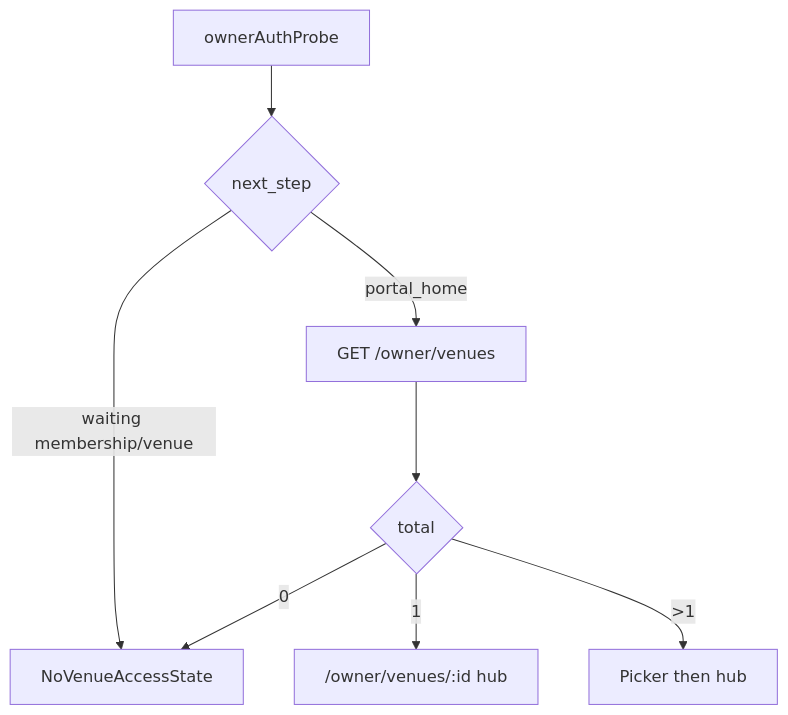
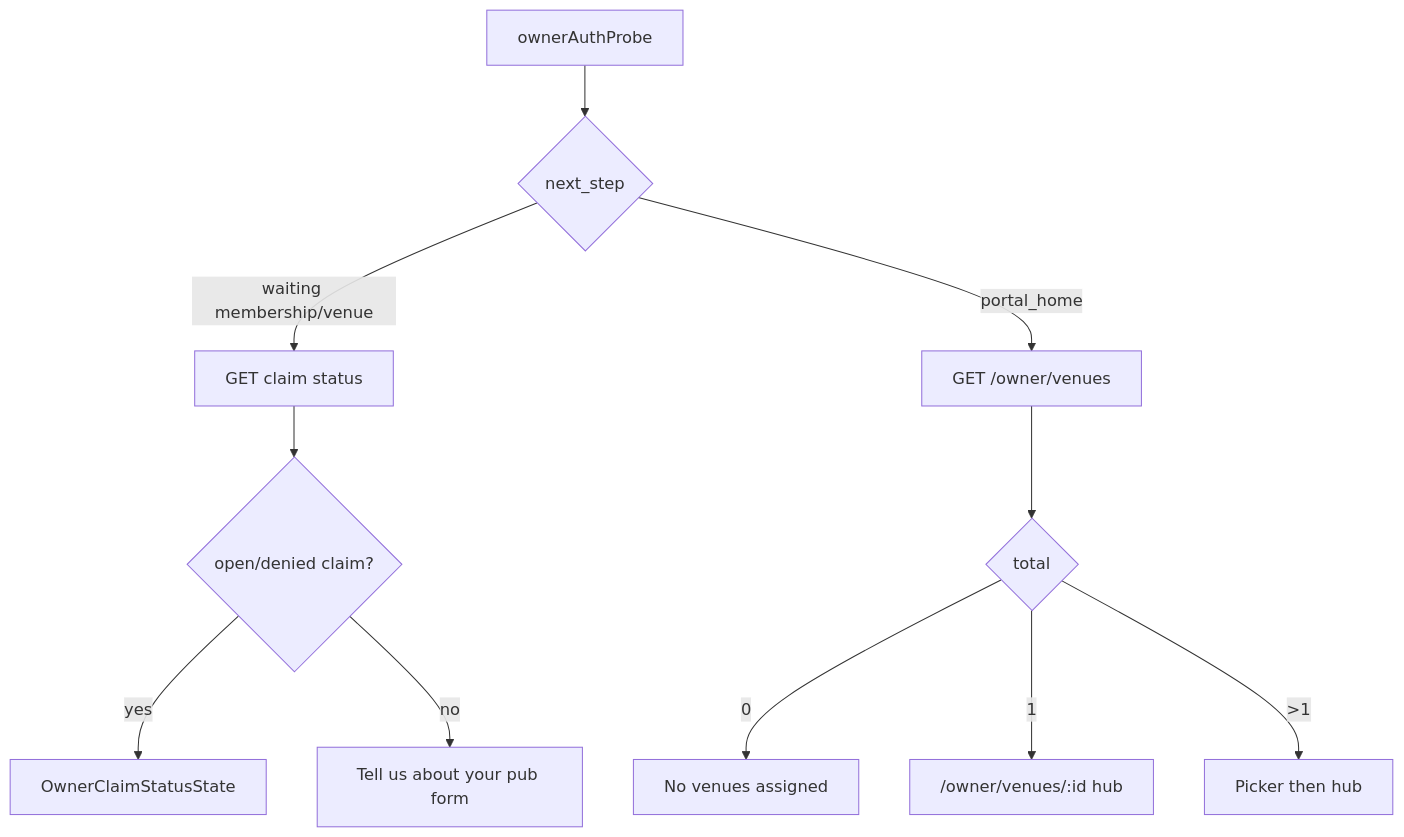
Before and after one commit to OwenPearse/PubPlus: the diagram in docs/owner-venue-onboarding/UX_FLOW.md, drawn with Mermaid. The commit also changed other lines of this file and 24 other files, not shown here.

First line of the commit message:
feat: polish owner claim waiting states and admin claims queue nav.

````diff
--- a/docs/owner-venue-onboarding/UX_FLOW.md
+++ b/docs/owner-venue-onboarding/UX_FLOW.md
@@ -52,10 +53,13 @@
 ```mermaid
 flowchart TD
   A[ownerAuthProbe] --> B{next_step}
-  B -->|waiting membership/venue| C[NoVenueAccessState]
-  B -->|portal_home| D[GET /owner/venues]
-  D --> E{total}
-  E -->|0| C
-  E -->|1| F["/owner/venues/:id hub"]
-  E -->|>1| G[Picker then hub]
+  B -->|waiting membership/venue| C[GET claim status]
+  C --> D{open/denied claim?}
+  D -->|yes| E[OwnerClaimStatusState]
+  D -->|no| F[Tell us about your pub form]
+  B -->|portal_home| G[GET /owner/venues]
+  G --> H{total}
+  H -->|0| I[No venues assigned]
+  H -->|1| J["/owner/venues/:id hub"]
+  H -->|>1| K[Picker then hub]
 ```
````
